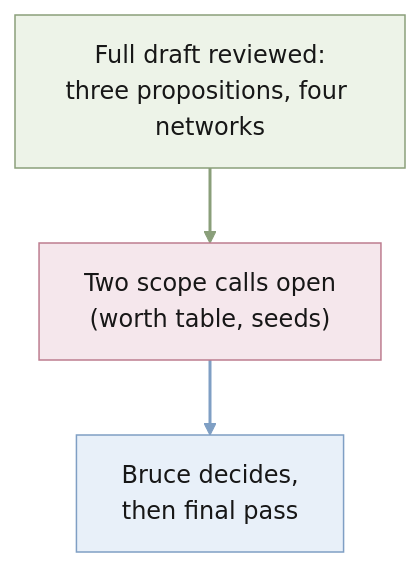
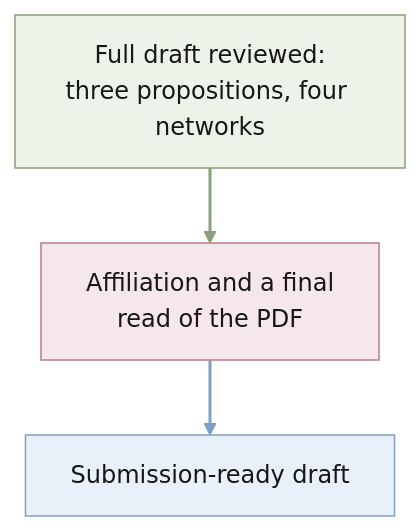
Before and after one commit to quan-possible/description-icl: the diagram in STATUS.md, drawn with Mermaid. The commit also changed other lines of this file, not shown here.

Commit message:
Close the two review scope items: no extra table, no extra seeds

````diff
--- a/STATUS.md
+++ b/STATUS.md
@@ -5,17 +5,17 @@
 ```mermaid
 %%{init: {"theme":"base","themeVariables":{"fontFamily":"Inter, Clear Sans, Noto Sans, Helvetica Neue, Arial, Noto Sans CJK JP, sans-serif","fontSize":"16px","primaryTextColor":"#171717","lineColor":"#a8a8a8","mainBkg":"#ffffff","clusterBkg":"#ffffff","clusterBorder":"#ffffff","edgeLabelBackground":"#ffffff"},"flowchart":{"htmlLabels":true,"curve":"linear"}}}%%
 flowchart TD
     classDef green fill:#edf3e8,stroke:#8a9f7a,color:#171717,stroke-width:1px
     classDef pink fill:#f5e7ec,stroke:#bd7c8f,color:#171717,stroke-width:1px
     classDef blue fill:#e8f0f9,stroke:#7f9fc4,color:#171717,stroke-width:1px
     classDef edgeGreen stroke:#8a9f7a,color:#8a9f7a,stroke-width:2px
     classDef edgeBlue stroke:#7f9fc4,color:#7f9fc4,stroke-width:2px
 
-    done["Full draft reviewed:<br/>three propositions, four networks"] e1@--> gap["Two scope calls open<br/>(worth table, seeds)"] e2@--> next["Bruce decides,<br/>then final pass"]
+    done["Full draft reviewed:<br/>three propositions, four networks"] e1@--> gap["Affiliation and a final<br/>read of the PDF"] e2@--> next["Submission-ready draft"]
 
     class done green
     class gap pink
     class next blue
     class e1 edgeGreen
     class e2 edgeBlue
 ```
````
